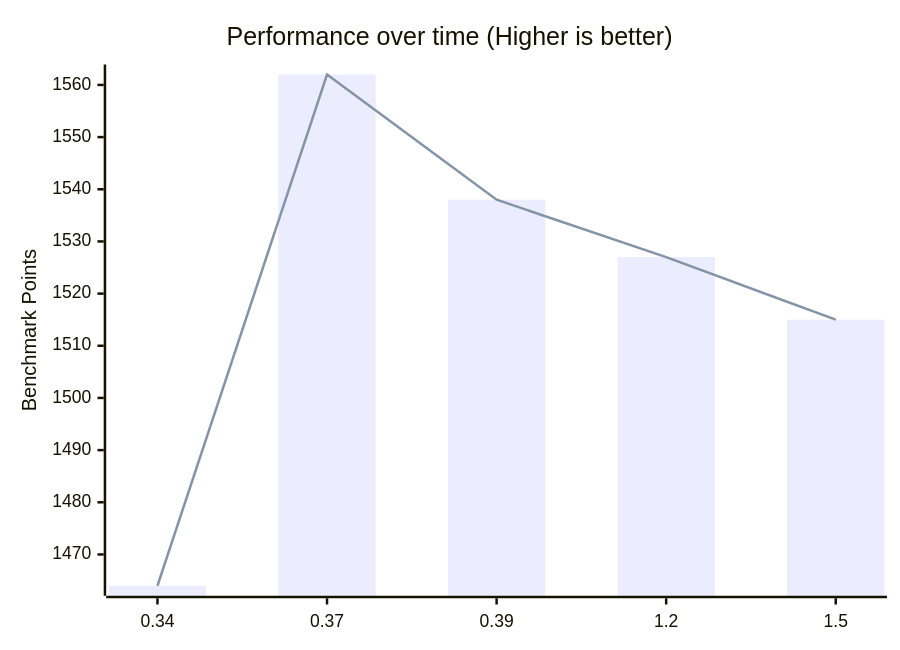
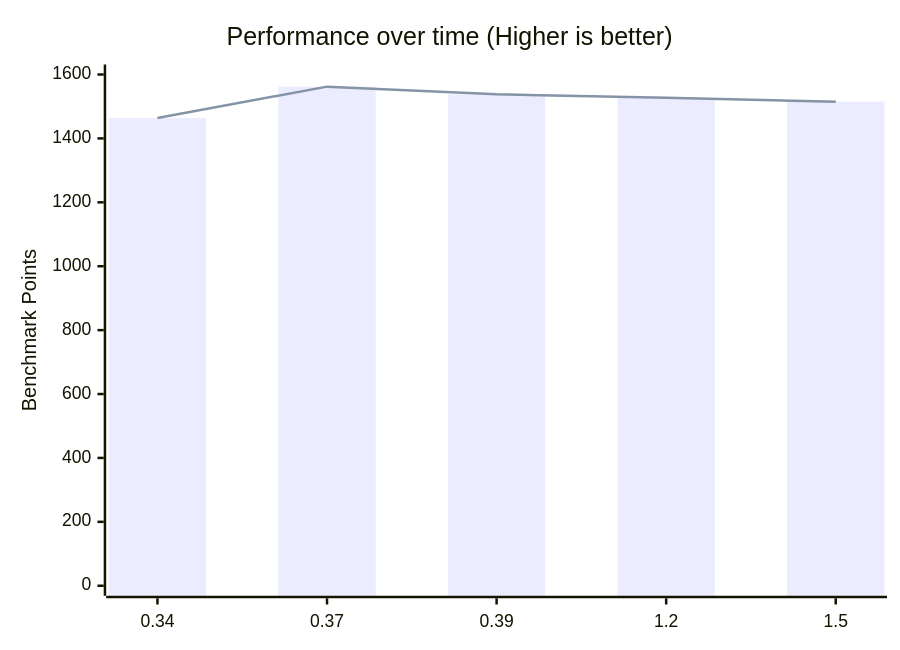
One commit to zen-browser/docs changed the third of 4 diagrams in content/benchmarks.md. Above: the diagram before and after it, drawn with Mermaid. The commit also changed other lines of this file, not shown here.

Commit message:
more accurate benchmark graphs

````diff
--- a/content/benchmarks.md
+++ b/content/benchmarks.md
@@ -76,8 +76,8 @@
 ```mermaid
 xychart-beta
     title "Performance over time (Higher is better)"
     x-axis [0.34,0.37,0.39,1.2,1.5]
-    y-axis "Benchmark Points"
+    y-axis "Benchmark Points" 0 --> 1600
     bar [1464,1562,1538,1527,1515]
     line [1464,1562,1538,1527,1515]
 ```
````
